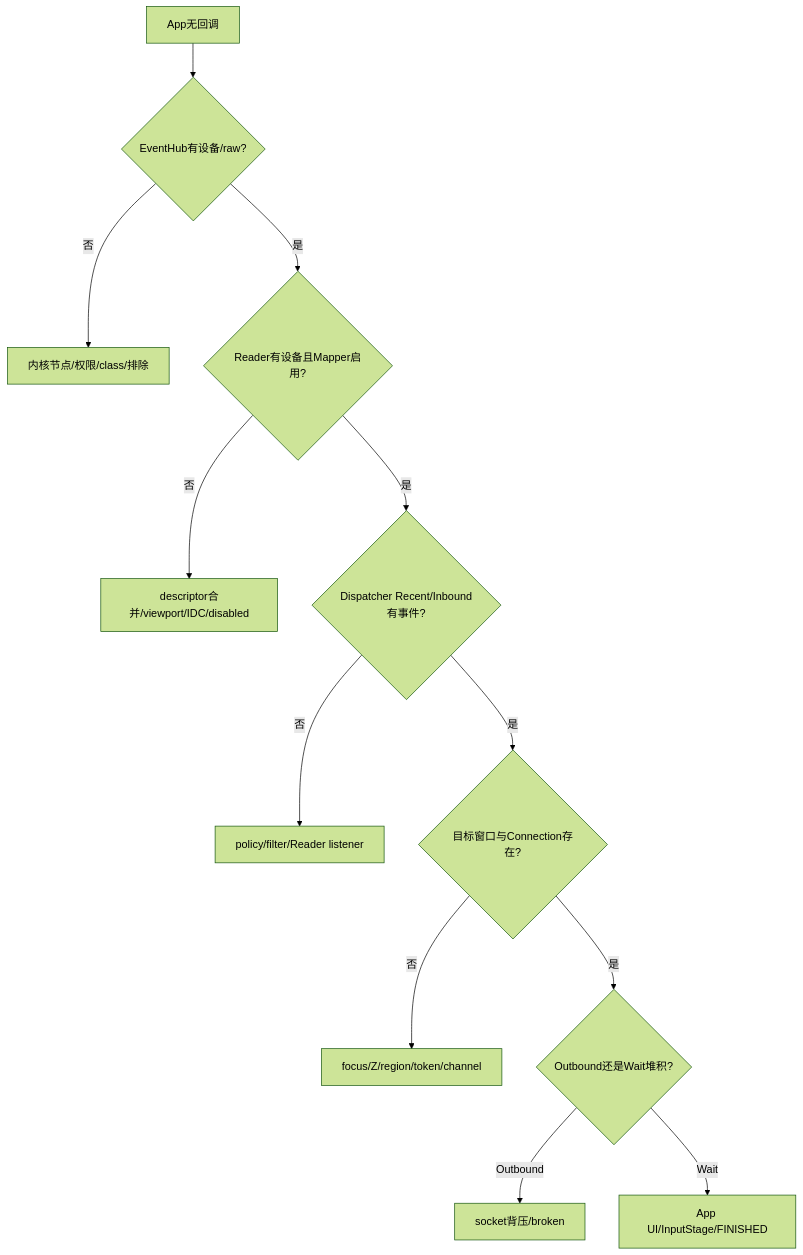
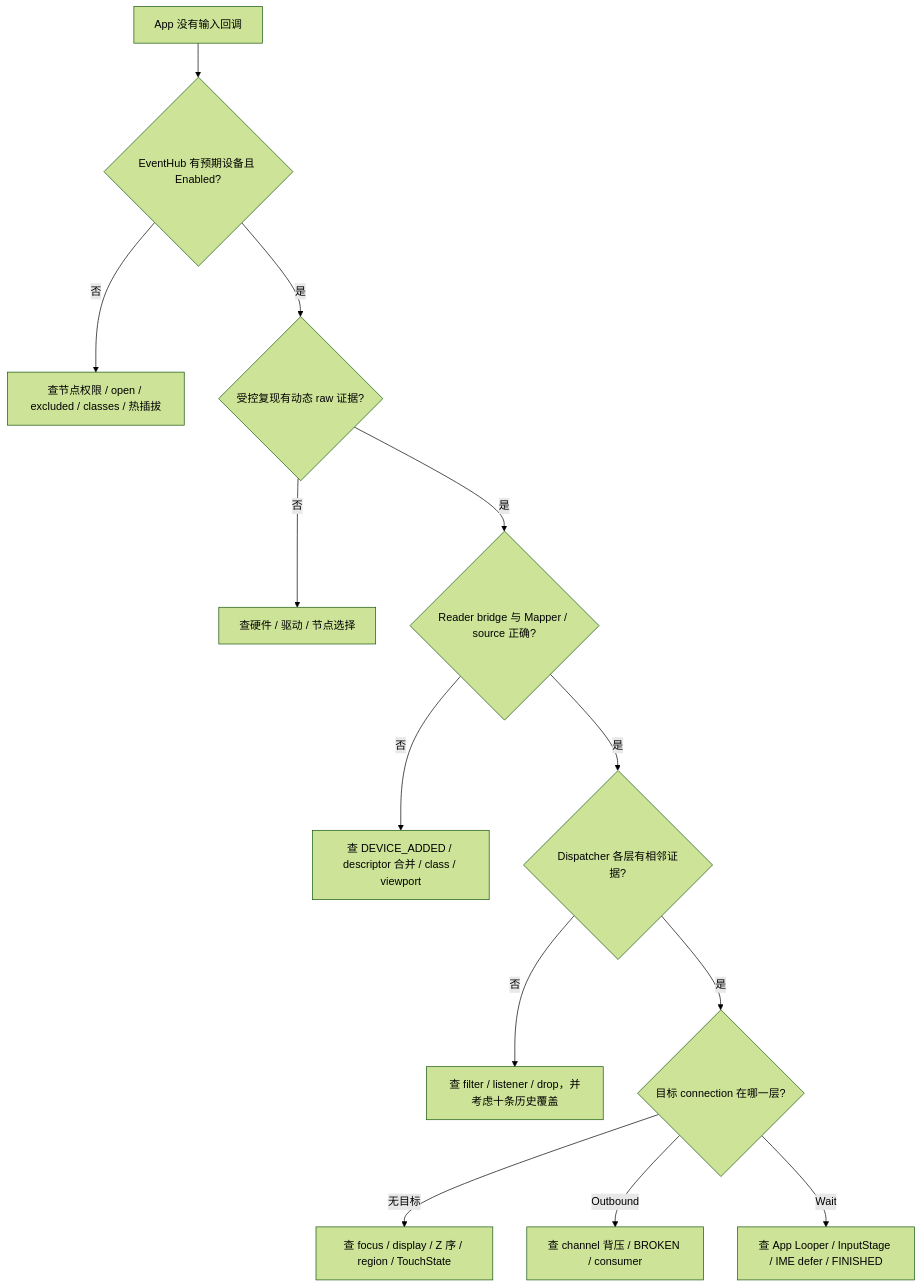
The second of 4 diagrams in Android源码学习/194-Androiddumpsysinput与输入故障现场诊断.md (junyingzhao001/StudyNotes), drawn with Mermaid (forest theme) before and after one commit. The commit also changed other lines of this file and 116 other files, not shown here.

````diff
--- a/Android源码学习/194-Androiddumpsysinput与输入故障现场诊断.md
+++ b/Android源码学习/194-Androiddumpsysinput与输入故障现场诊断.md
@@ -291,14 +1074,15 @@
 ```mermaid
 flowchart TD
-  A["App无回调"] --> B{"EventHub有设备/raw?"}
-  B -->|否| C["内核节点/权限/class/排除"]
-  B -->|是| D{"Reader有设备且Mapper启用?"}
-  D -->|否| E["descriptor合并/viewport/IDC/disabled"]
-  D -->|是| F{"Dispatcher Recent/Inbound有事件?"}
-  F -->|否| G["policy/filter/Reader listener"]
-  F -->|是| H{"目标窗口与Connection存在?"}
-  H -->|否| I["focus/Z/region/token/channel"]
-  H -->|是| J{"Outbound还是Wait堆积?"}
-  J -->|Outbound| K["socket背压/broken"]
-  J -->|Wait| L["App UI/InputStage/FINISHED"]
+  A[App 没有输入回调] --> B{EventHub 有预期设备且 Enabled?}
+  B -->|否| C[查节点权限 / open / excluded / classes / 热插拔]
+  B -->|是| D{受控复现有动态 raw 证据?}
+  D -->|否| E[查硬件 / 驱动 / 节点选择]
+  D -->|是| F{Reader bridge 与 Mapper / source 正确?}
+  F -->|否| G[查 DEVICE_ADDED / descriptor 合并 / class / viewport]
+  F -->|是| H{Dispatcher 各层有相邻证据?}
+  H -->|否| I[查 filter / listener / drop，并考虑十条历史覆盖]
+  H -->|是| J{目标 connection 在哪一层?}
+  J -->|无目标| K[查 focus / display / Z 序 / region / TouchState]
+  J -->|Outbound| L[查 channel 背压 / BROKEN / consumer]
+  J -->|Wait| M[查 App Looper / InputStage / IME defer / FINISHED]
 ```
````
